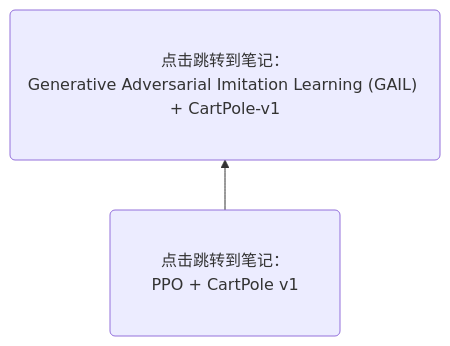
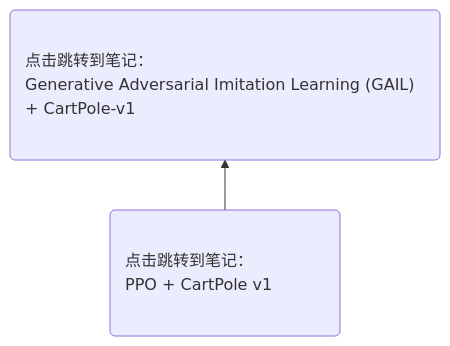
The diagram in 笔记封存/test.md (Gaoshu-root/Code-related-courses), drawn with Mermaid before and after one commit.

````diff
--- a/笔记封存/test.md
+++ b/笔记封存/test.md
@@ -2,11 +2,11 @@
 ```mermaid
 graph BT
     classDef wide2 padding:400px;
     classDef wide1 padding:200px;
-    P1("点击跳转到笔记：<br>PPO + CartPole v1") --> P2("点击跳转到笔记：<br>Generative Adversarial Imitation Learning (GAIL) + CartPole-v1")
+    P1("<div style='text-align:left'>点击跳转到笔记：<br>PPO + CartPole v1</div>") --> P2("<div style='text-align:left'>点击跳转到笔记：<br>Generative Adversarial Imitation Learning (GAIL) + CartPole-v1</div>")
+    class P1 wide1
+    class P2 wide2
     click P1 "https://github.com/Gaoshu-root/Code-related-courses/blob/main/RL2024/PPO_%2B_CartPole_v1_.ipynb"
     click P2 "https://github.com/Gaoshu-root/Code-related-courses/blob/main/RL2024/Generative%20Adversarial%20Imitation%20Learning(GAIL)/Generative%20Adversarial%20Imitation%20Learning%20(GAIL)%20%2B%20CartPole-v1%20.ipynb"
-   class P1 wide1
-   class P2 wide2
 
 ```
````
